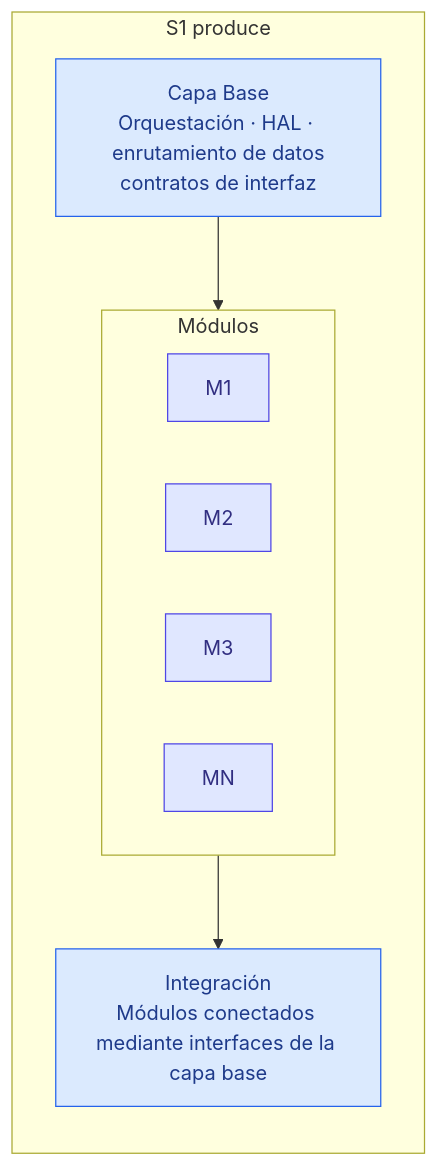
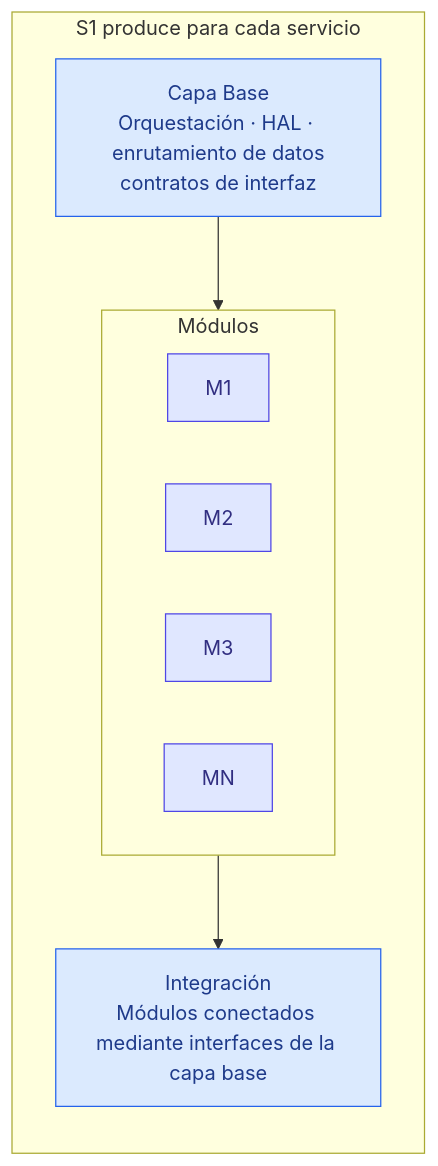
Before and after one commit to dramirezbe/codeanvil-gcpds: the sixth of 11 diagrams in methodology/V-SIL-v3/V-SIL_v3-spa.md, drawn with Mermaid. The commit also changed other lines of this file and 3 other files, not shown here.

````diff
--- a/methodology/V-SIL-v3/V-SIL_v3-spa.md
+++ b/methodology/V-SIL-v3/V-SIL_v3-spa.md
@@ -159,21 +176,21 @@
 ```mermaid
 flowchart TD
     classDef base fill:#dbeafe,stroke:#2563eb,color:#1e3a8a
     classDef mod fill:#e0e7ff,stroke:#4f46e5,color:#312e81
     classDef integ fill:#dbeafe,stroke:#2563eb,color:#1e3a8a
 
-    subgraph ARCH["S1 produce"]
+    subgraph ARCH["S1 produce para cada servicio"]
         direction TD
         BASE["Capa Base<br/>Orquestación · HAL · enrutamiento de datos<br/>contratos de interfaz"]:::base
         subgraph MODS["Módulos"]
             direction LR
             M1["M1"]:::mod
             M2["M2"]:::mod
             M3["M3"]:::mod
             MN["MN"]:::mod
         end
         INT["Integración<br/>Módulos conectados mediante interfaces de la capa base"]:::integ
     end
 
     BASE --> MODS --> INT
 ```
````
